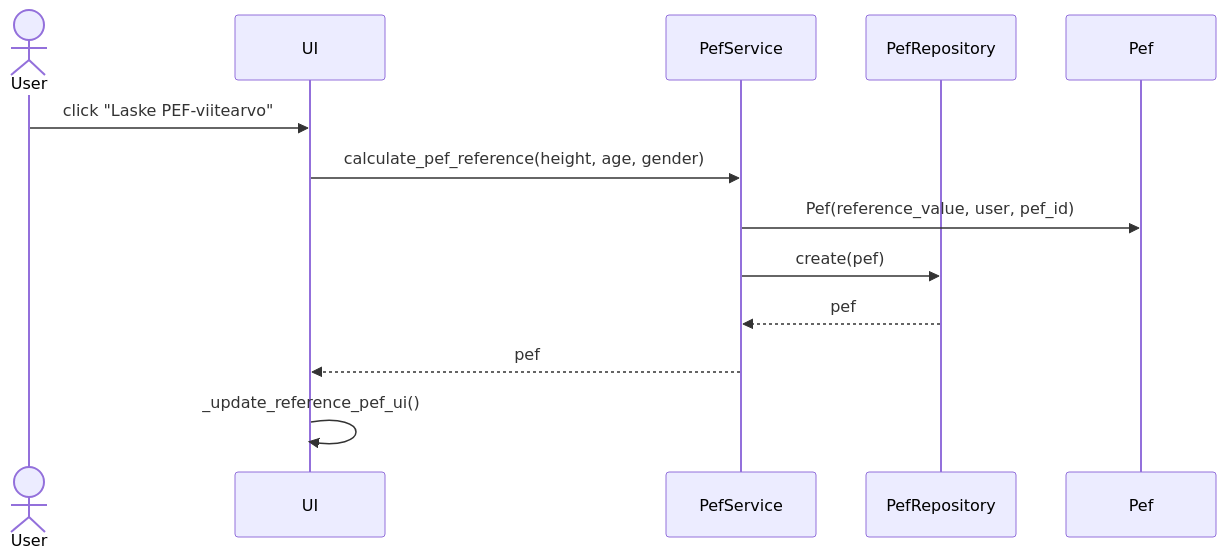
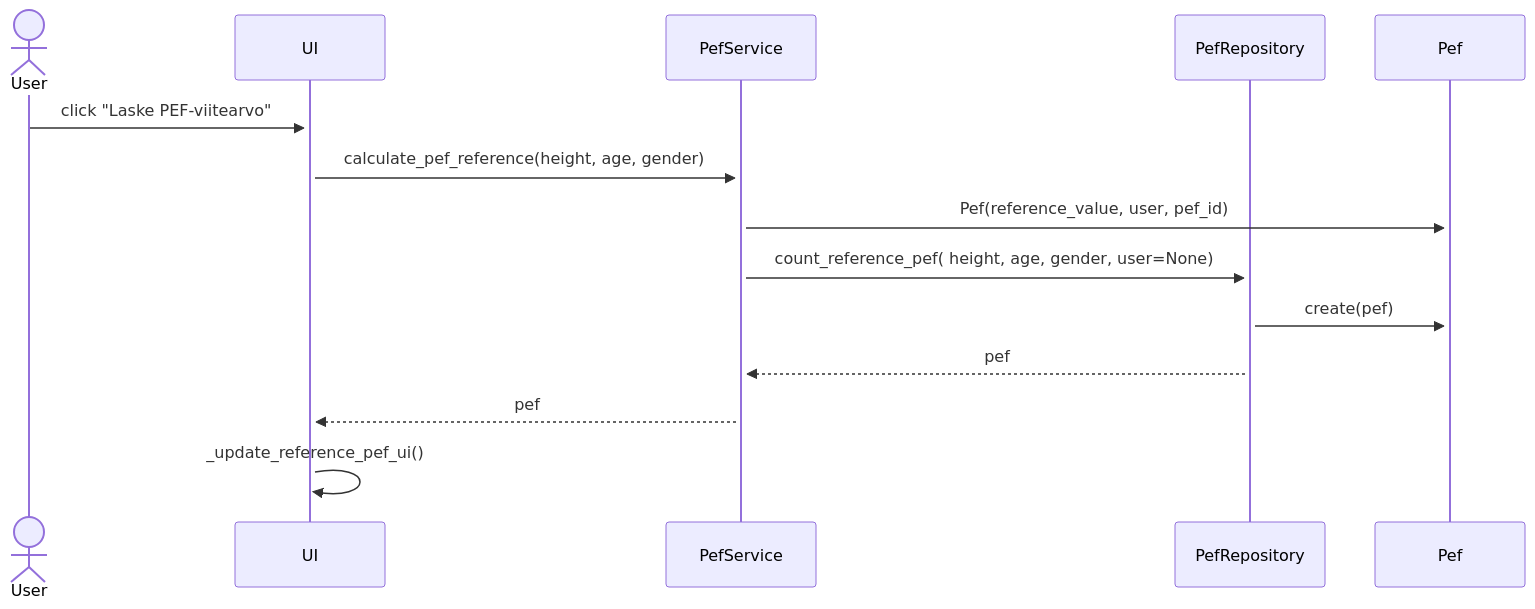
One commit to JVilo/ot-harjoitustyo changed the fourth of 4 diagrams in dokumentaatio/arkkitehtuuri.md. Above: the diagram before and after it, drawn with Mermaid. The commit also changed other lines of this file, not shown here.

Commit message:
little fixes to the Sequence diagrams

````diff
--- a/dokumentaatio/arkkitehtuuri.md
+++ b/dokumentaatio/arkkitehtuuri.md
@@ -134,15 +132,16 @@
 ```mermaid
 sequenceDiagram
   actor User
   participant UI
   participant PefService
   participant PefRepository
   participant Pef
-  User->>UI: click "Laske PEF-viitearvo"
-  UI->>PefService: calculate_pef_reference(height, age, gender)
-  PefService->>Pef: Pef(reference_value, user, pef_id)
-  PefService->>PefRepository: create(pef)
-  PefRepository-->>PefService: pef
+  User->>+UI: click "Laske PEF-viitearvo"
+  UI->>+PefService: calculate_pef_reference(height, age, gender)
+  PefService->>+Pef: Pef(reference_value, user, pef_id)
+  PefService->>+PefRepository: count_reference_pef( height, age, gender, user=None)
+ PefRepository->>+Pef : create(pef)
+  PefRepository-->> PefService: pef
   PefService-->>UI: pef
   UI->>UI: _update_reference_pef_ui()
 ```
````
